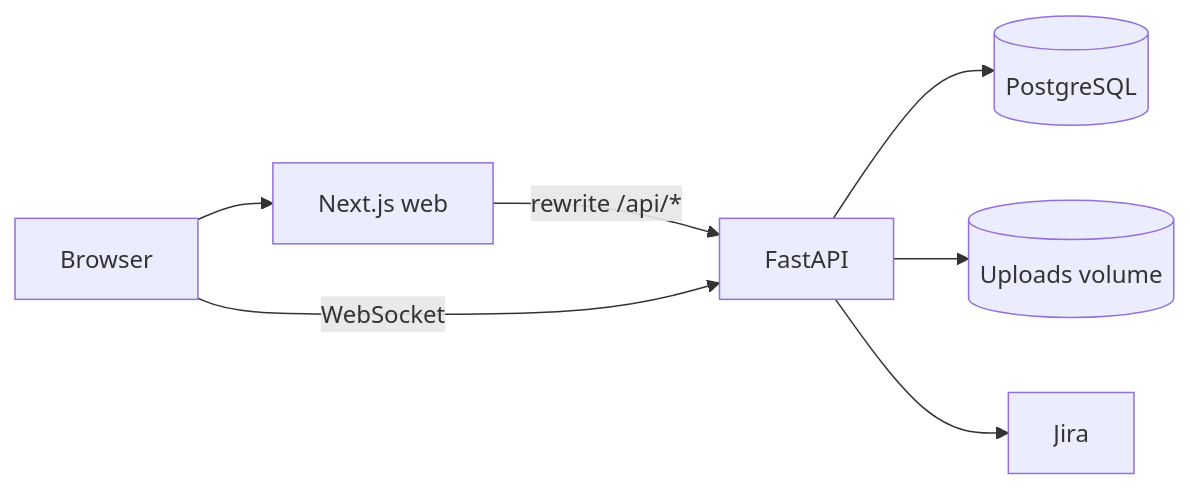
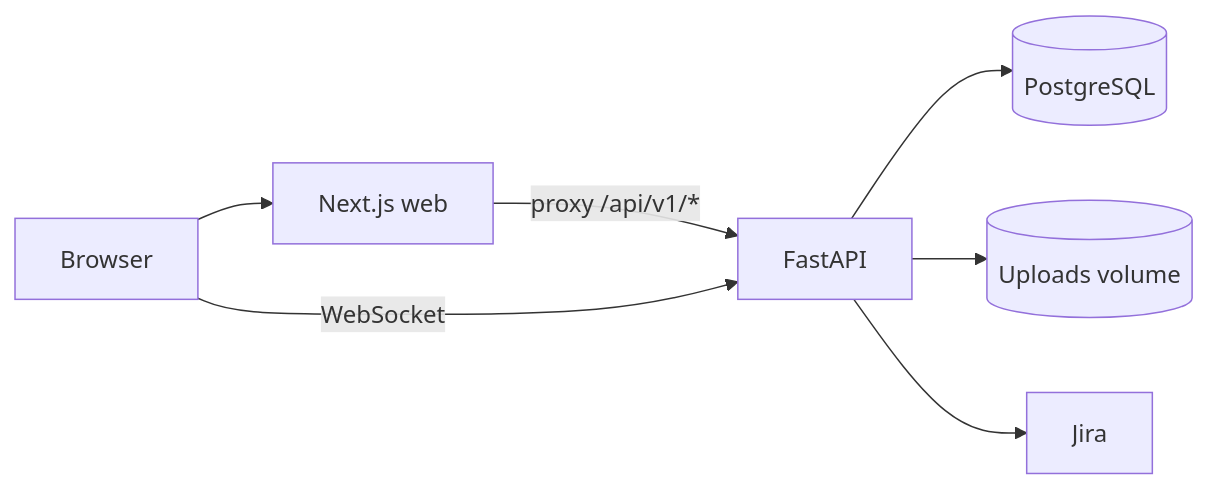
One commit to maedehshoeib/jira_form changed the diagram in docs/diagrams/01-runtime.md. Above: the diagram before and after it, drawn with Mermaid. The commit also changed 15 other files, not shown here.

````diff
--- a/docs/diagrams/01-runtime.md
+++ b/docs/diagrams/01-runtime.md
@@ -3,9 +3,9 @@
 ```mermaid
 flowchart LR
   B[Browser] --> W[Next.js web]
-  W -->|rewrite /api/*| A[FastAPI]
+  W -->|proxy /api/v1/*| A[FastAPI]
   B -->|WebSocket| A
   A --> D[(PostgreSQL)]
   A --> U[(Uploads volume)]
   A --> J[Jira]
 ```
````
